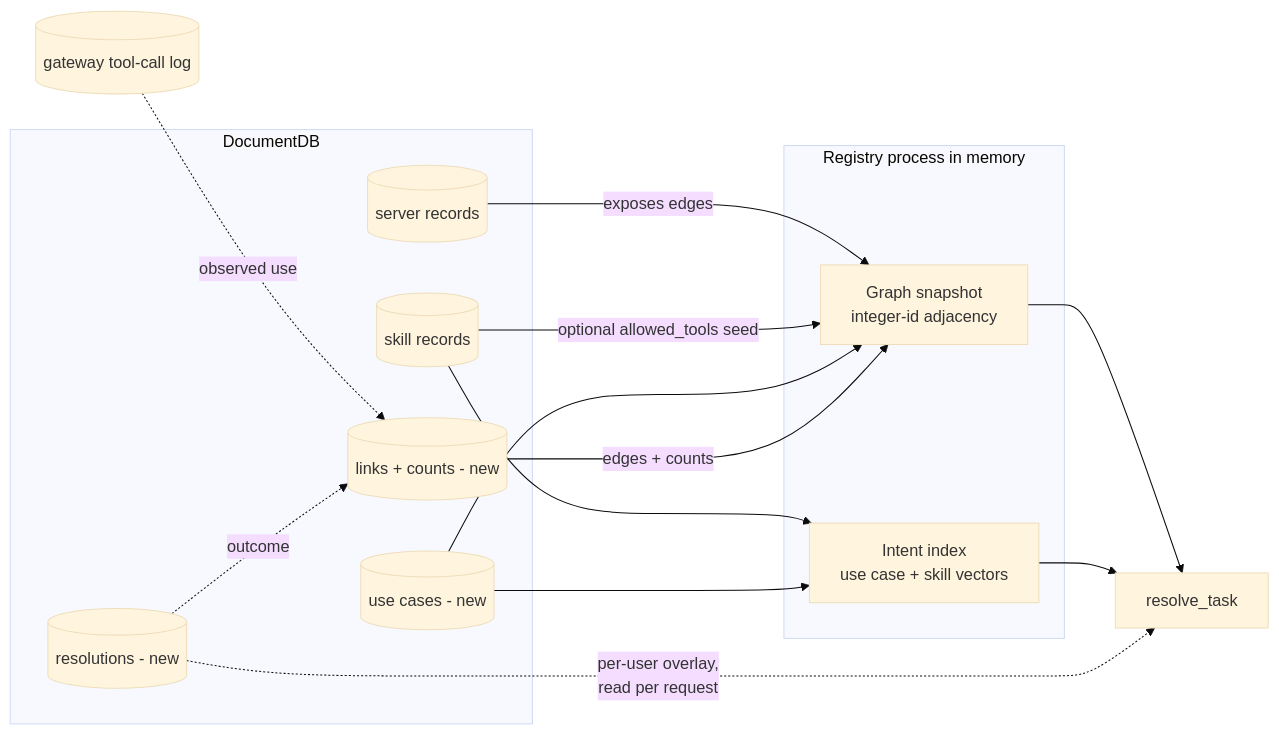
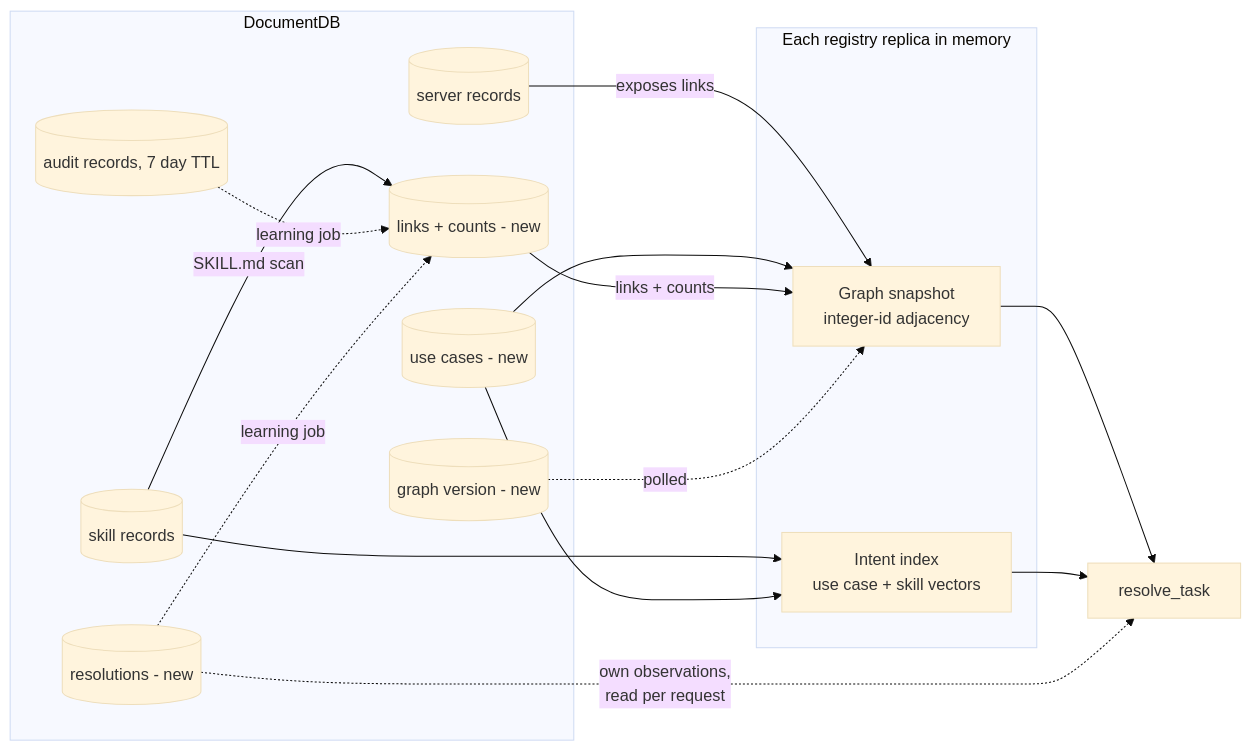
One commit to adrianB1996/mcp-gateway-registry changed the second of 2 diagrams in docs/design/knowledge-graph-search.md. Above: the diagram before and after it, drawn with Mermaid (base theme). The commit also changed other lines of this file, not shown here.

````diff
--- a/docs/design/knowledge-graph-search.md
+++ b/docs/design/knowledge-graph-search.md
@@ -189,26 +240,28 @@
 ```mermaid
 flowchart LR
     subgraph persisted [DocumentDB]
         SRV[(server records)]
         SKL[(skill records)]
         UCS[(use cases - new)]
         LNK[(links + counts - new)]
         RES[(resolutions - new)]
+        VER[(graph version - new)]
+        AUD[(audit records, 7 day TTL)]
     end
-    CALLS[(gateway tool-call log)]
-    subgraph memory [Registry process in memory]
+    subgraph memory [Each registry replica in memory]
         G["Graph snapshot<br/>integer-id adjacency"]
         IDX["Intent index<br/>use case + skill vectors"]
     end
-    SRV -->|exposes edges| G
-    SKL -->|optional allowed_tools seed| G
+    SRV -->|exposes links| G
+    SKL -->|SKILL.md scan| LNK
     UCS --> G
-    LNK -->|edges + counts| G
+    LNK -->|links + counts| G
     SKL --> IDX
     UCS --> IDX
-    CALLS -.->|observed use| LNK
-    RES -.->|outcome| LNK
+    AUD -.->|learning job| LNK
+    RES -.->|learning job| LNK
+    VER -.->|polled| G
     G --> RT[resolve_task]
     IDX --> RT
-    RES -.->|per-user overlay,<br/>read per request| RT
+    RES -.->|own observations,<br/>read per request| RT
 ```
````
